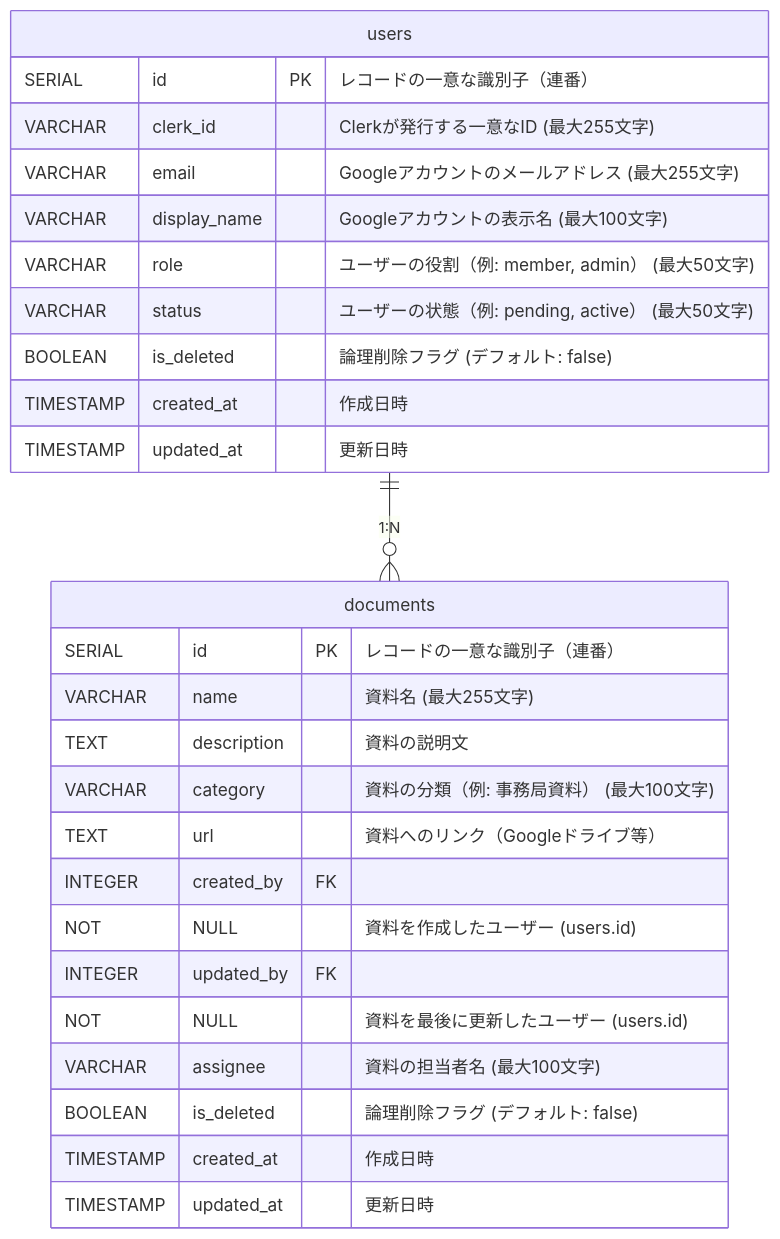
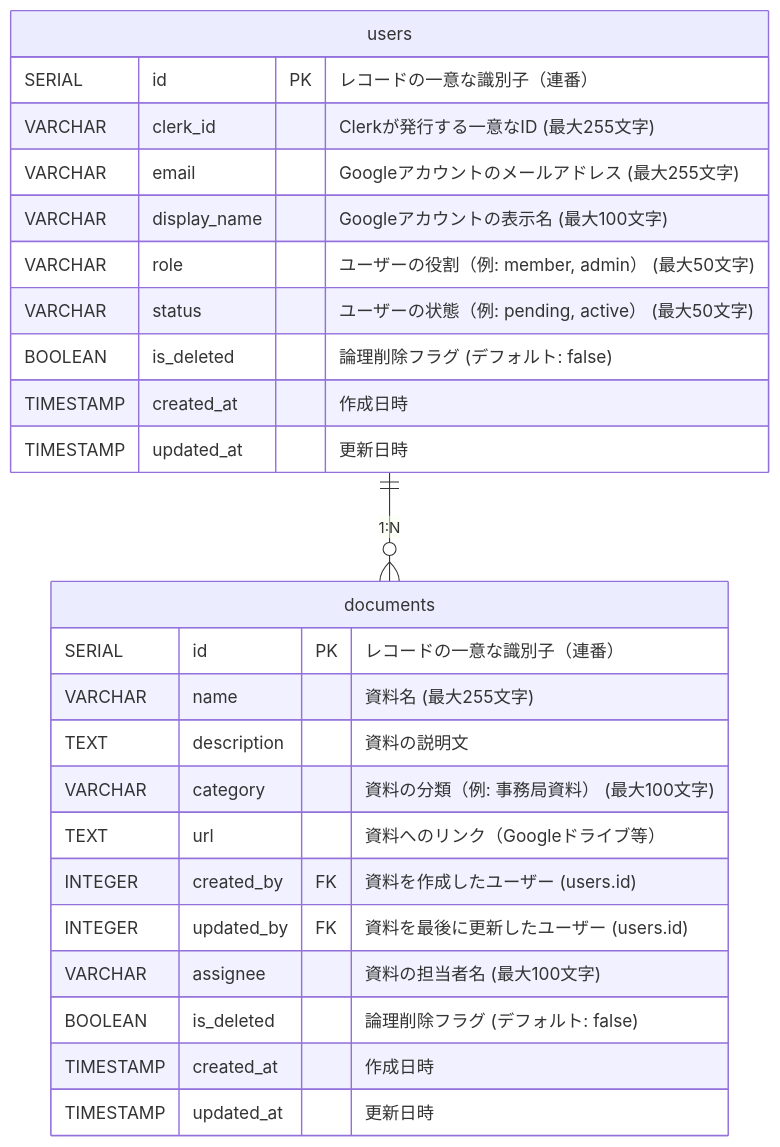
One commit to Singuralitylabs/portal-site changed the diagram in docs/database.md. Above: the diagram before and after it, drawn with Mermaid.

Commit message:
ER図の記述ミスを修正

````diff
--- a/docs/database.md
+++ b/docs/database.md
@@ -54,30 +54,30 @@
 ```mermaid
 erDiagram
     users {
         SERIAL id PK "レコードの一意な識別子（連番）"
         VARCHAR clerk_id "Clerkが発行する一意なID (最大255文字)"
         VARCHAR email "Googleアカウントのメールアドレス (最大255文字)"
         VARCHAR display_name "Googleアカウントの表示名 (最大100文字)"
         VARCHAR role "ユーザーの役割（例: member, admin） (最大50文字)"
         VARCHAR status "ユーザーの状態（例: pending, active） (最大50文字)"
         BOOLEAN is_deleted "論理削除フラグ (デフォルト: false)"
         TIMESTAMP created_at "作成日時"
         TIMESTAMP updated_at "更新日時"
     }
 
     documents {
         SERIAL id PK "レコードの一意な識別子（連番）"
         VARCHAR name "資料名 (最大255文字)"
         TEXT description "資料の説明文"
         VARCHAR category "資料の分類（例: 事務局資料） (最大100文字)"
         TEXT url "資料へのリンク（Googleドライブ等）"
-        INTEGER created_by FK NOT NULL "資料を作成したユーザー (users.id)"
-        INTEGER updated_by FK NOT NULL "資料を最後に更新したユーザー (users.id)"
+        INTEGER created_by FK "資料を作成したユーザー (users.id)"
+        INTEGER updated_by FK "資料を最後に更新したユーザー (users.id)"
         VARCHAR assignee "資料の担当者名 (最大100文字)"
         BOOLEAN is_deleted "論理削除フラグ (デフォルト: false)"
         TIMESTAMP created_at "作成日時"
         TIMESTAMP updated_at "更新日時"
     }
 
     users ||--o{ documents : "1:N"
 ```
````
